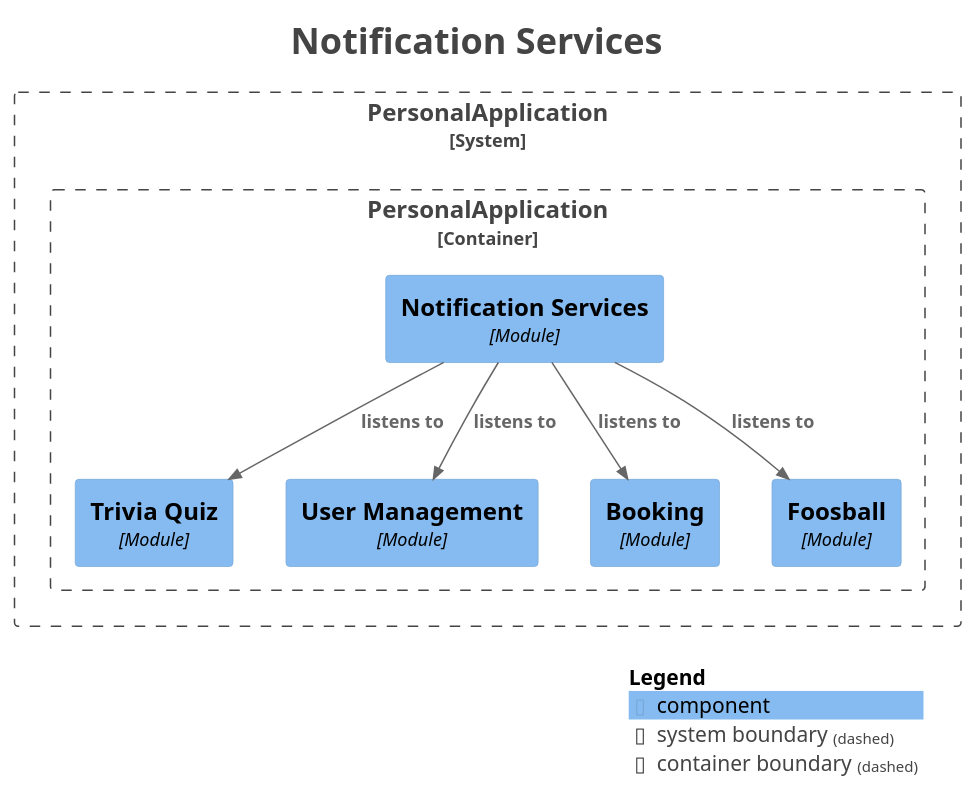
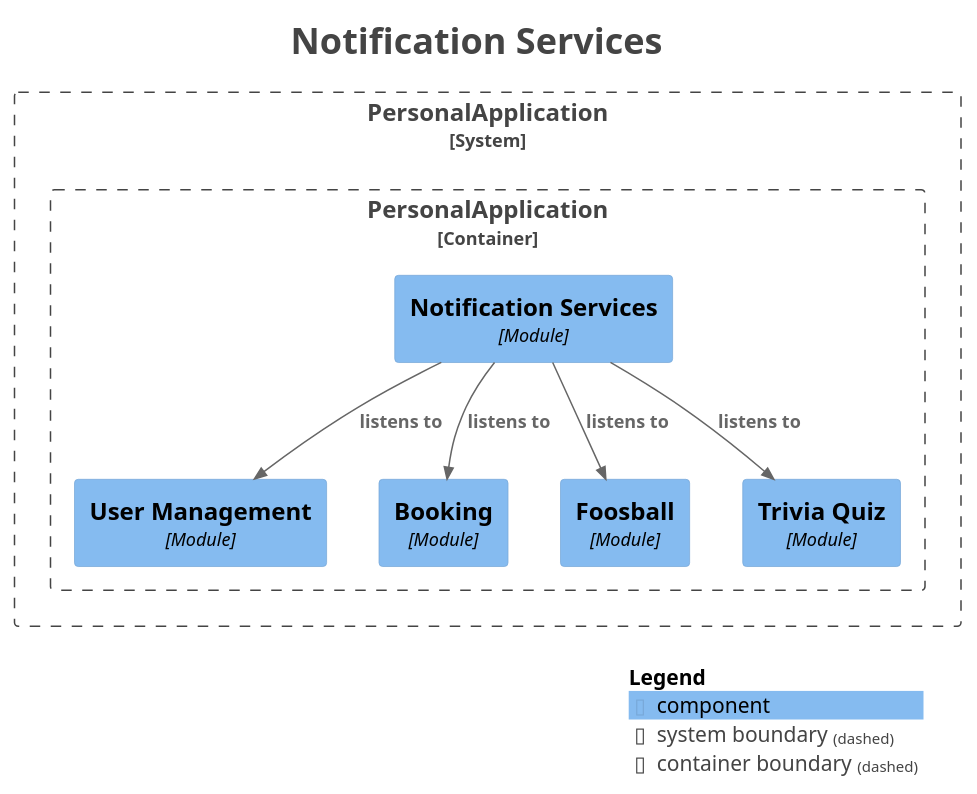
Before and after one commit to SnapPetal/personal-web: the diagram in docs/modulith/module-notification.puml, drawn with PlantUML. The commit also changed other lines of this file and 23 other files, not shown here.

```diff
--- a/docs/modulith/module-notification.puml
+++ b/docs/modulith/module-notification.puml
@@ -1,36 +1,36 @@
 @startuml
 title <size:24>Notification Services</size>
 
 set separator none
 top to bottom direction
 
 <style>
   root {
     BackgroundColor: #ffffff
     FontColor: #444444
   }
 </style>
 
 !include <C4/C4>
 !include <C4/C4_Context>
 !include <C4/C4_Component>
 
 System_Boundary("PersonalApplication_boundary", "PersonalApplication", $tags="") {
   Container_Boundary("PersonalApplication.PersonalApplication_boundary", "PersonalApplication", $tags="") {
+    Component(PersonalApplication.PersonalApplication.UserManagement, "User Management", $techn="Module", $descr="", $tags="", $link="")
+    Component(PersonalApplication.PersonalApplication.Booking, "Booking", $techn="Module", $descr="", $tags="", $link="")
+    Component(PersonalApplication.PersonalApplication.NotificationServices, "Notification Services", $techn="Module", $descr="", $tags="", $link="")
+    Component(PersonalApplication.PersonalApplication.Foosball, "Foosball", $techn="Module", $descr="", $tags="", $link="")
     Component(PersonalApplication.PersonalApplication.TriviaQuiz, "Trivia Quiz", $techn="Module", $descr="", $tags="", $link="")
-    Component(PersonalApplication.PersonalApplication.UserManagement, "User Management", $techn="Module", $descr="", $tags="", $link="")
-    Component(PersonalApplication.PersonalApplication.NotificationServices, "Notification Services", $techn="Module", $descr="", $tags="", $link="")
-    Component(PersonalApplication.PersonalApplication.Booking, "Booking", $techn="Module", $descr="", $tags="", $link="")
-    Component(PersonalApplication.PersonalApplication.Foosball, "Foosball", $techn="Module", $descr="", $tags="", $link="")
   }
 
 }
 
+Rel(PersonalApplication.PersonalApplication.NotificationServices, PersonalApplication.PersonalApplication.Foosball, "listens to", $techn="", $tags="", $link="")
 Rel(PersonalApplication.PersonalApplication.NotificationServices, PersonalApplication.PersonalApplication.UserManagement, "listens to", $techn="", $tags="", $link="")
 Rel(PersonalApplication.PersonalApplication.NotificationServices, PersonalApplication.PersonalApplication.TriviaQuiz, "listens to", $techn="", $tags="", $link="")
-Rel(PersonalApplication.PersonalApplication.NotificationServices, PersonalApplication.PersonalApplication.Foosball, "listens to", $techn="", $tags="", $link="")
 Rel(PersonalApplication.PersonalApplication.NotificationServices, PersonalApplication.PersonalApplication.Booking, "listens to", $techn="", $tags="", $link="")
 
 SHOW_LEGEND(true)
 hide stereotypes
 @enduml
```
